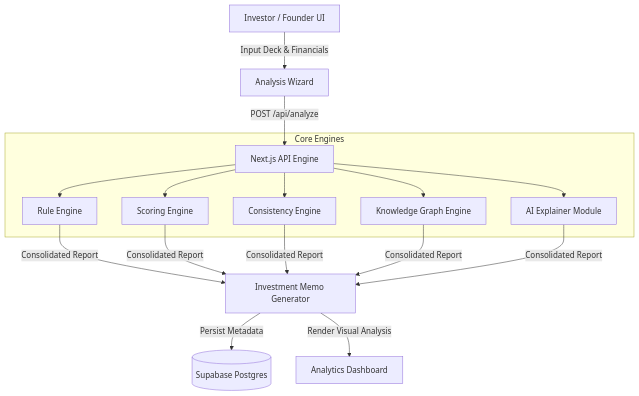
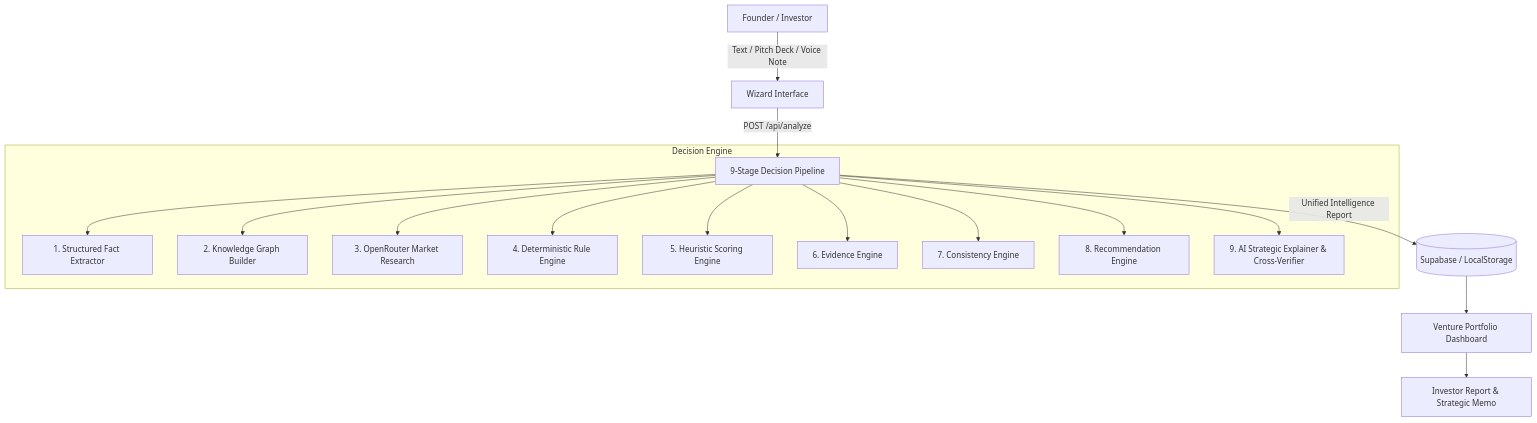
One commit to dathasaiswaroopgudimella-png/Venturelens changed the diagram in README.md. Above: the diagram before and after it, drawn with Mermaid. The commit also changed other lines of this file and 2 other files, not shown here.

Commit message:
feat: production dual MediaRecorder + WebSpeech voice pitch capture, LinkedIn showcase README, zero-error clean codebase

````diff
--- a/README.md
+++ b/README.md
@@ -25,17 +27,21 @@
 ```mermaid
 flowchart TD
-    User[Investor / Founder UI] -->|Input Deck & Financials| Wizard[Analysis Wizard]
-    Wizard -->|POST /api/analyze| API[Next.js API Engine]
+    User[Founder / Investor] -->|Text / Pitch Deck / Voice Note| Wizard[Wizard Interface]
+    Wizard -->|POST /api/analyze| Pipeline[9-Stage Decision Pipeline]
     
-    subgraph Core Engines
-        API --> RuleEng[Rule Engine]
-        API --> ScoreEng[Scoring Engine]
-        API --> ConsistEng[Consistency Engine]
-        API --> KG[Knowledge Graph Engine]
-        API --> AIExpl[AI Explainer Module]
+    subgraph Decision Engine
+        Pipeline --> Extractor[1. Structured Fact Extractor]
+        Pipeline --> KG[2. Knowledge Graph Builder]
+        Pipeline --> Research[3. OpenRouter Market Research]
+        Pipeline --> Rules[4. Deterministic Rule Engine]
+        Pipeline --> Scoring[5. Heuristic Scoring Engine]
+        Pipeline --> Evidence[6. Evidence Engine]
+        Pipeline --> Consistency[7. Consistency Engine]
+        Pipeline --> Recs[8. Recommendation Engine]
+        Pipeline --> AIExplainer[9. AI Strategic Explainer & Cross-Verifier]
     end
 
-    RuleEng & ScoreEng & ConsistEng & KG & AIExpl -->|Consolidated Report| Report[Investment Memo Generator]
-    Report -->|Persist Metadata| DB[(Supabase Postgres)]
-    Report -->|Render Visual Analysis| Dashboard[Analytics Dashboard]
+    Pipeline -->|Unified Intelligence Report| Storage[(Supabase / LocalStorage)]
+    Storage --> Dashboard[Venture Portfolio Dashboard]
+    Dashboard --> ReportPage[Investor Report & Strategic Memo]
 ```
````
